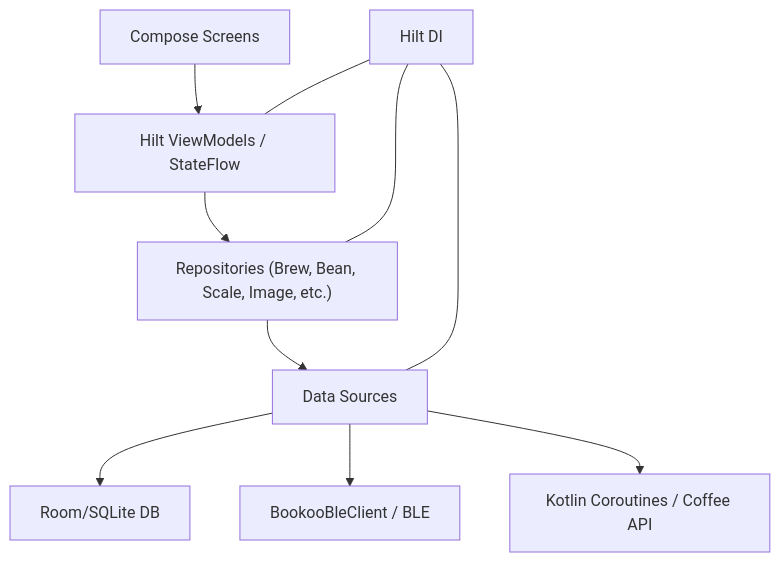
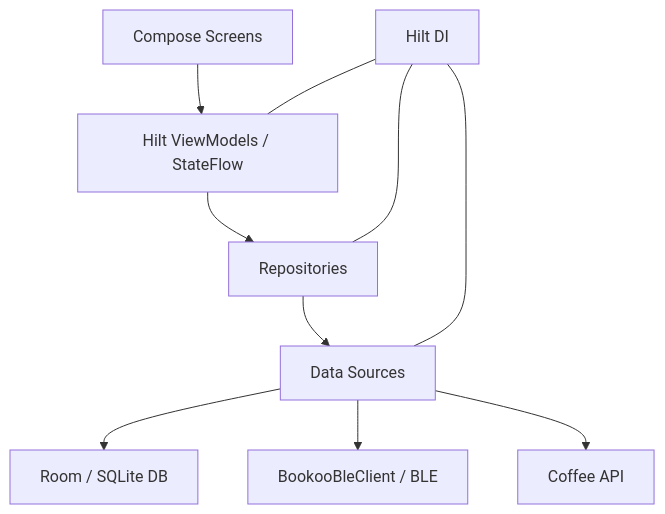
The diagram in README.md (VictorKoffed/Projekt-Android), drawn with Mermaid before and after one commit. The commit also changed other lines of this file, not shown here.

````diff
--- a/README.md
+++ b/README.md
@@ -94,12 +119,12 @@
 ```mermaid
 graph TD
   UI["Compose Screens"] --> VM["Hilt ViewModels / StateFlow"]
-  VM --> Repo["Repositories (Brew, Bean, Scale, Image, etc.)"]
+  VM --> Repo["Repositories"]
   Repo --> Data["Data Sources"]
-  Data --> Room["Room/SQLite DB"]
+  Data --> Room["Room / SQLite DB"]
   Data --> BLE["BookooBleClient / BLE"]
-  Data --> Network["Kotlin Coroutines / Coffee API"]
+  Data --> Network["Coffee API"]
   DI["Hilt DI"] --- VM
   DI --- Repo
   DI --- Data
 ```
````
